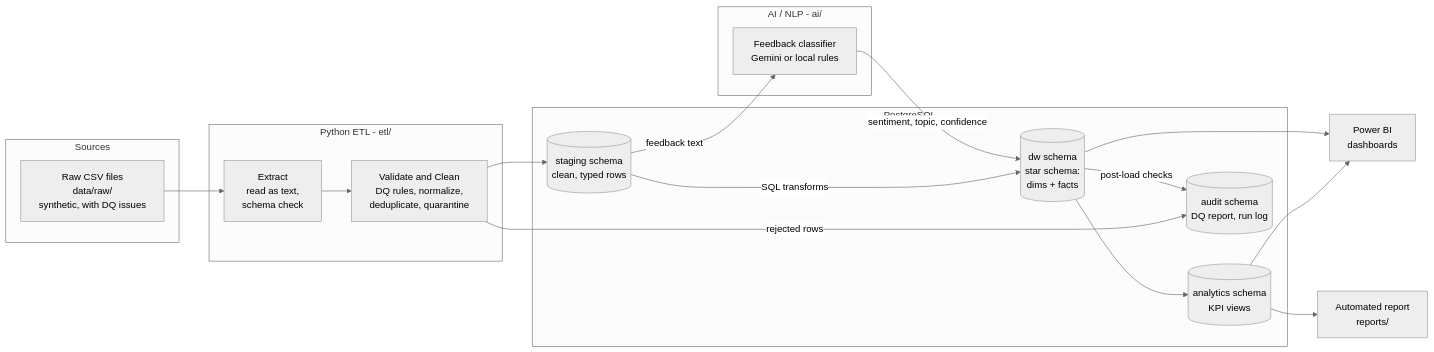
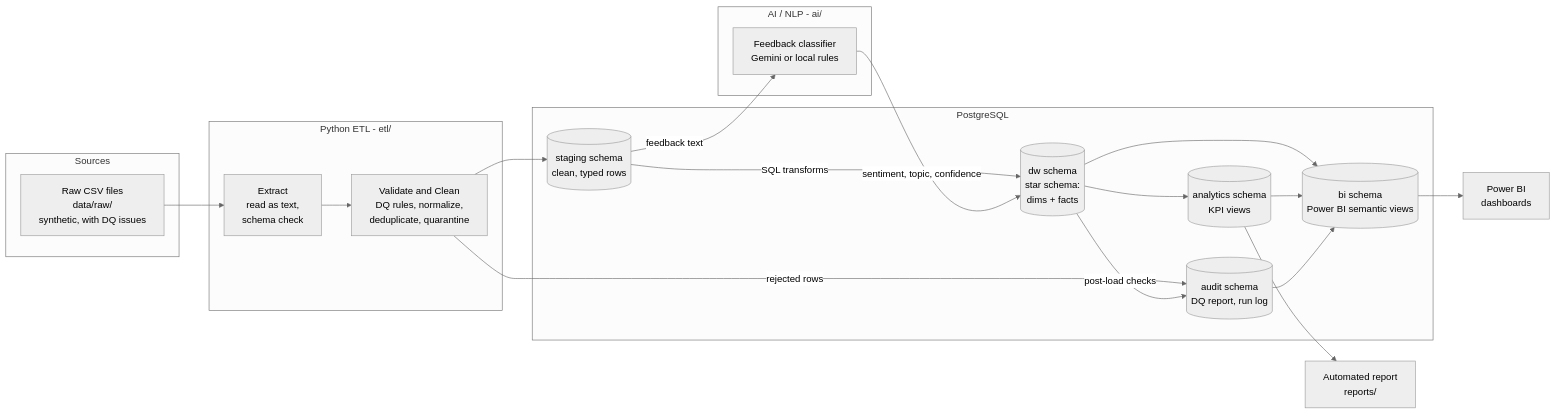
Before and after one commit to Beqa-Elashvili/AutoSphere-Analytics: the diagram in docs/architecture.md, drawn with Mermaid (neutral theme). The commit also changed other lines of this file and 15 other files, not shown here.

First line of the commit message:
Phase 9: Power BI semantic layer, data model, DAX and dashboard spec

````diff
--- a/docs/architecture.md
+++ b/docs/architecture.md
@@ -15,32 +15,35 @@
 ```mermaid
 flowchart LR
     subgraph SRC[Sources]
         CSV[Raw CSV files<br/>data/raw/<br/>synthetic, with DQ issues]
     end
 
     subgraph PY[Python ETL - etl/]
         EX[Extract<br/>read as text,<br/>schema check]
         VC[Validate and Clean<br/>DQ rules, normalize,<br/>deduplicate, quarantine]
     end
 
     subgraph PG[PostgreSQL]
         STG[(staging schema<br/>clean, typed rows)]
         DW[(dw schema<br/>star schema:<br/>dims + facts)]
         AN[(analytics schema<br/>KPI views)]
         AUD[(audit schema<br/>DQ report, run log)]
+        BIV[(bi schema<br/>Power BI semantic views)]
     end
 
     subgraph AI[AI / NLP - ai/]
         CLS[Feedback classifier<br/>Gemini or local rules]
     end
 
     CSV --> EX --> VC --> STG
     VC -- rejected rows --> AUD
     STG -- SQL transforms --> DW
     STG -- feedback text --> CLS -- sentiment, topic, confidence --> DW
     DW --> AN
     DW -- post-load checks --> AUD
-    AN --> PBI[Power BI<br/>dashboards]
-    DW --> PBI
+    DW --> BIV
+    AN --> BIV
+    AUD --> BIV
+    BIV --> PBI[Power BI<br/>dashboards]
     AN --> RPT[Automated report<br/>reports/]
 ```
````
